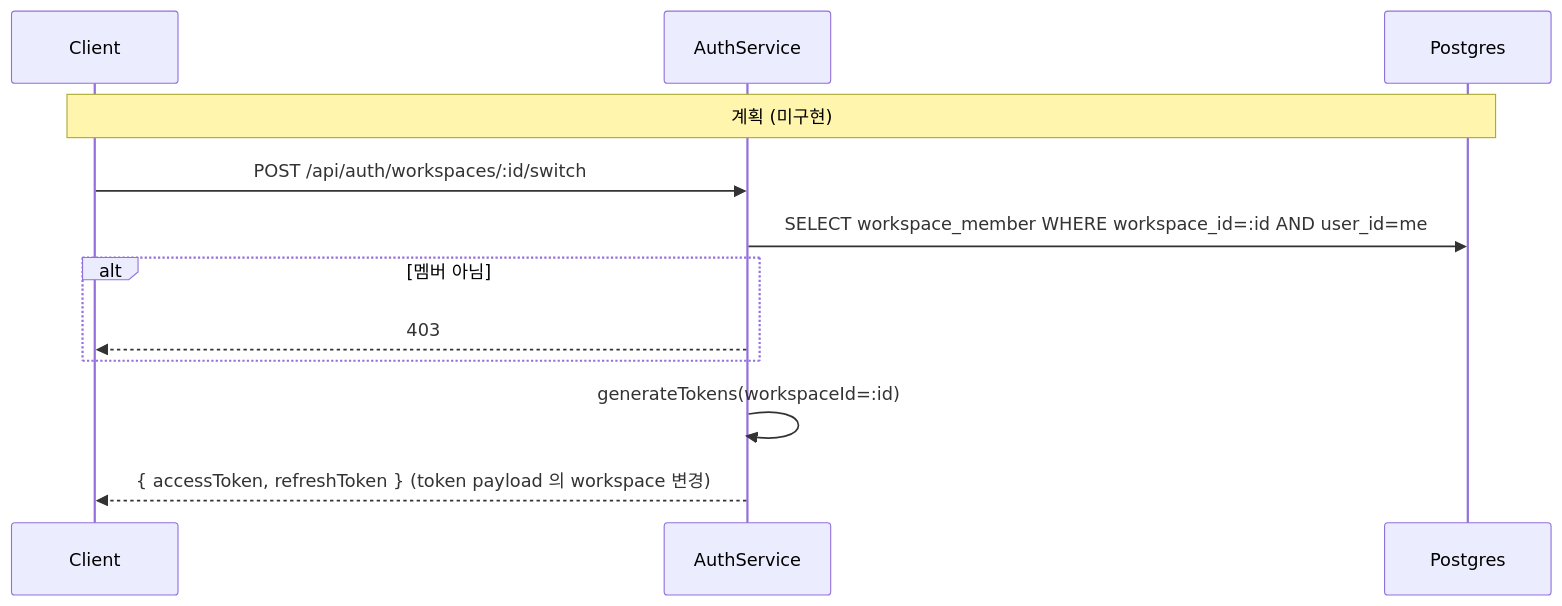
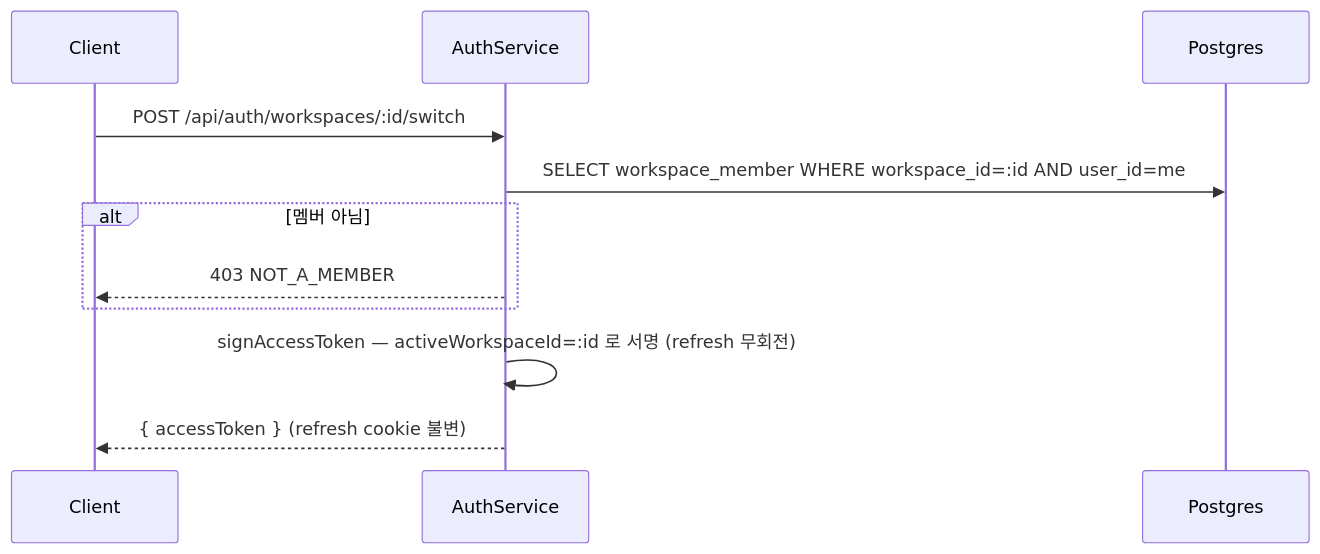
The fourth of 6 diagrams in spec/data-flow/12-workspace.md (worker-ants/clemvion), drawn with Mermaid before and after one commit. The commit also changed other lines of this file and 34 other files, not shown here.

First line of the commit message:
feat(workspace): 워크스페이스 전환 토큰 SoT · personal 유니크 · workspace/member 감사 (spec-sync 5A/6B/7B/8B) (#848)

````diff
--- a/spec/data-flow/12-workspace.md
+++ b/spec/data-flow/12-workspace.md
@@ -113,14 +115,13 @@
 ```mermaid
 sequenceDiagram
   participant C as Client
   participant Svc as AuthService
   participant PG as Postgres
-  Note over C,PG: 계획 (미구현)
   C->>Svc: POST /api/auth/workspaces/:id/switch
   Svc->>PG: SELECT workspace_member WHERE workspace_id=:id AND user_id=me
   alt 멤버 아님
-    Svc-->>C: 403
+    Svc-->>C: 403 NOT_A_MEMBER
   end
-  Svc->>Svc: generateTokens(workspaceId=:id)
-  Svc-->>C: { accessToken, refreshToken } (token payload 의 workspace 변경)
+  Svc->>Svc: signAccessToken — activeWorkspaceId=:id 로 서명 (refresh 무회전)
+  Svc-->>C: { accessToken } (refresh cookie 불변)
 ```
````
